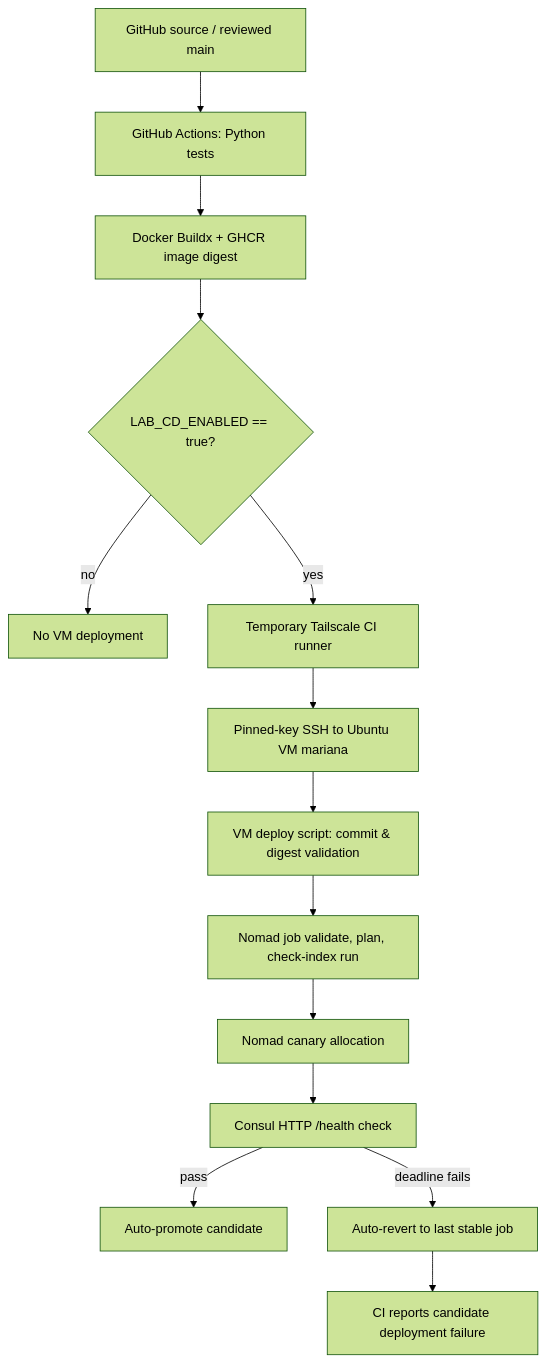
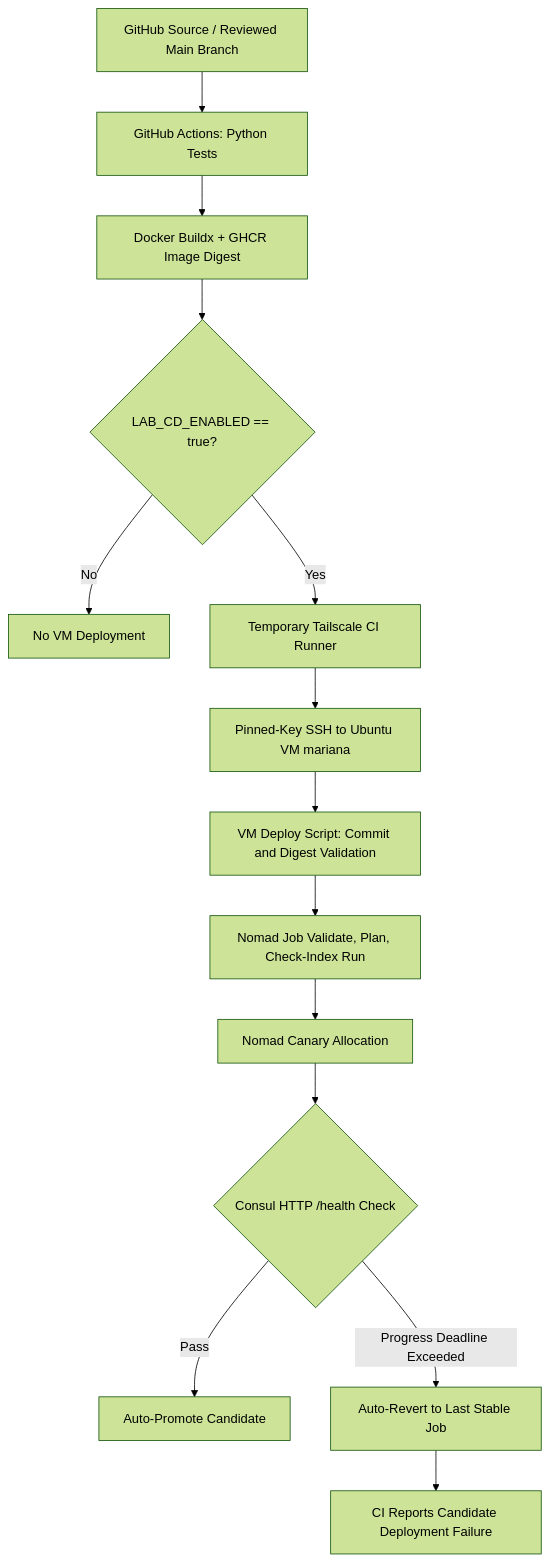
Before and after one commit to atiqa-ai/nomad-auto-rollback-lab: the diagram in docs/architecture.md, drawn with Mermaid (forest theme). The commit also changed other lines of this file, not shown here.

````diff
--- a/docs/architecture.md
+++ b/docs/architecture.md
@@ -7,16 +8,16 @@
 ```mermaid
 flowchart TD
-  A[GitHub source / reviewed main] --> B[GitHub Actions: Python tests]
-  B --> C[Docker Buildx + GHCR image digest]
-  C --> D{LAB_CD_ENABLED == true?}
-  D -->|no| E[No VM deployment]
-  D -->|yes| F[Temporary Tailscale CI runner]
-  F --> G[Pinned-key SSH to Ubuntu VM mariana]
-  G --> H[VM deploy script: commit & digest validation]
-  H --> I[Nomad job validate, plan, check-index run]
-  I --> J[Nomad canary allocation]
-  J --> K[Consul HTTP /health check]
-  K -->|pass| L[Auto-promote candidate]
-  K -->|deadline fails| M[Auto-revert to last stable job]
-  M --> N[CI reports candidate deployment failure]
+    A["GitHub Source / Reviewed Main Branch"] --> B["GitHub Actions: Python Tests"]
+    B --> C["Docker Buildx + GHCR Image Digest"]
+    C --> D{"LAB_CD_ENABLED == true?"}
+    D -->|No| E["No VM Deployment"]
+    D -->|Yes| F["Temporary Tailscale CI Runner"]
+    F --> G["Pinned-Key SSH to Ubuntu VM mariana"]
+    G --> H["VM Deploy Script: Commit and Digest Validation"]
+    H --> I["Nomad Job Validate, Plan, Check-Index Run"]
+    I --> J["Nomad Canary Allocation"]
+    J --> K{"Consul HTTP /health Check"}
+    K -->|Pass| L["Auto-Promote Candidate"]
+    K -->|Progress Deadline Exceeded| M["Auto-Revert to Last Stable Job"]
+    M --> N["CI Reports Candidate Deployment Failure"]
 ```
````
